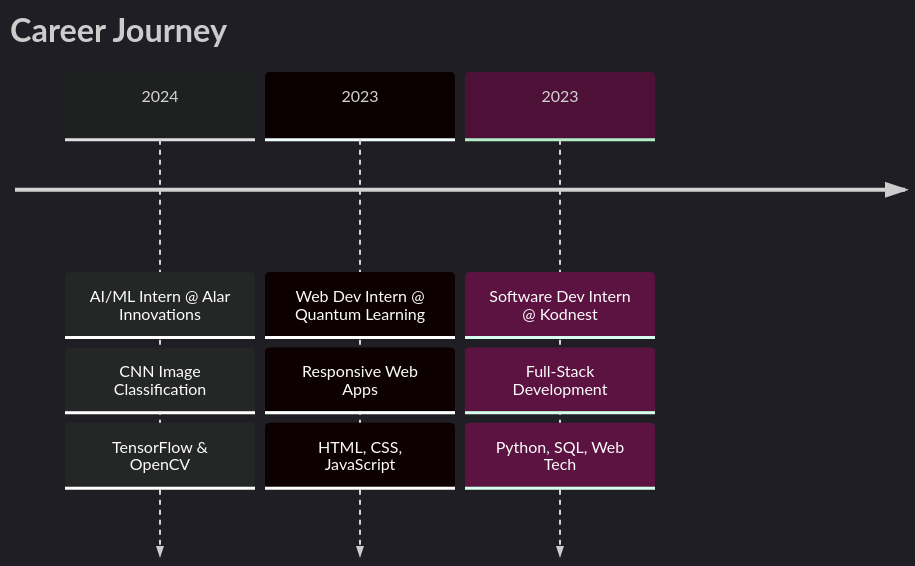
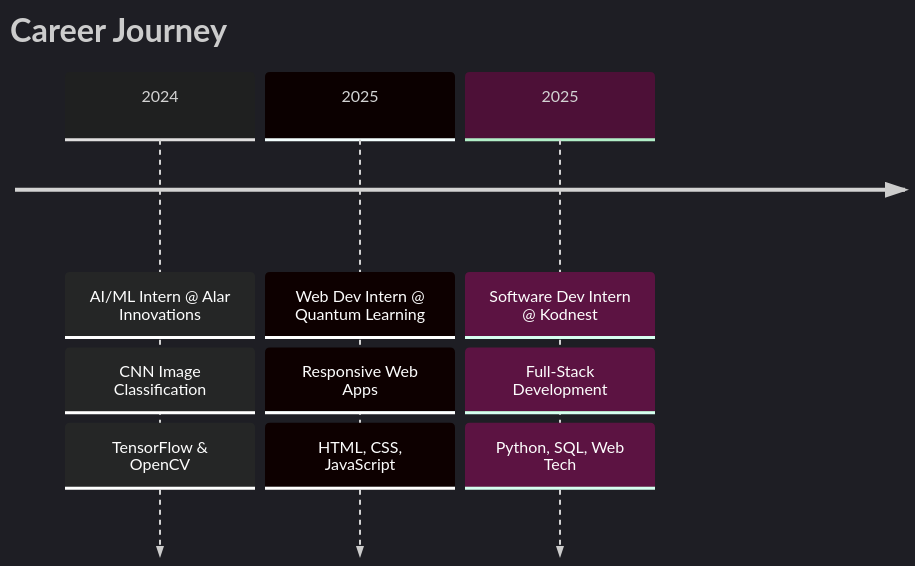
One commit to Smitha113/Smitha113 changed the diagram in README.md. Above: the diagram before and after it, drawn with Mermaid.

````diff
--- a/README.md
+++ b/README.md
@@ -247,14 +247,14 @@
 ```mermaid
 %%{init: {'theme':'dark'}}%%
 timeline
     title Career Journey
     2024 : AI/ML Intern @ Alar Innovations
          : CNN Image Classification
          : TensorFlow & OpenCV
-    2023 : Web Dev Intern @ Quantum Learning
+    2025 : Web Dev Intern @ Quantum Learning
          : Responsive Web Apps
          : HTML, CSS, JavaScript
-    2023 : Software Dev Intern @ Kodnest
+    2025 : Software Dev Intern @ Kodnest
          : Full-Stack Development
          : Python, SQL, Web Tech
 ```
````
